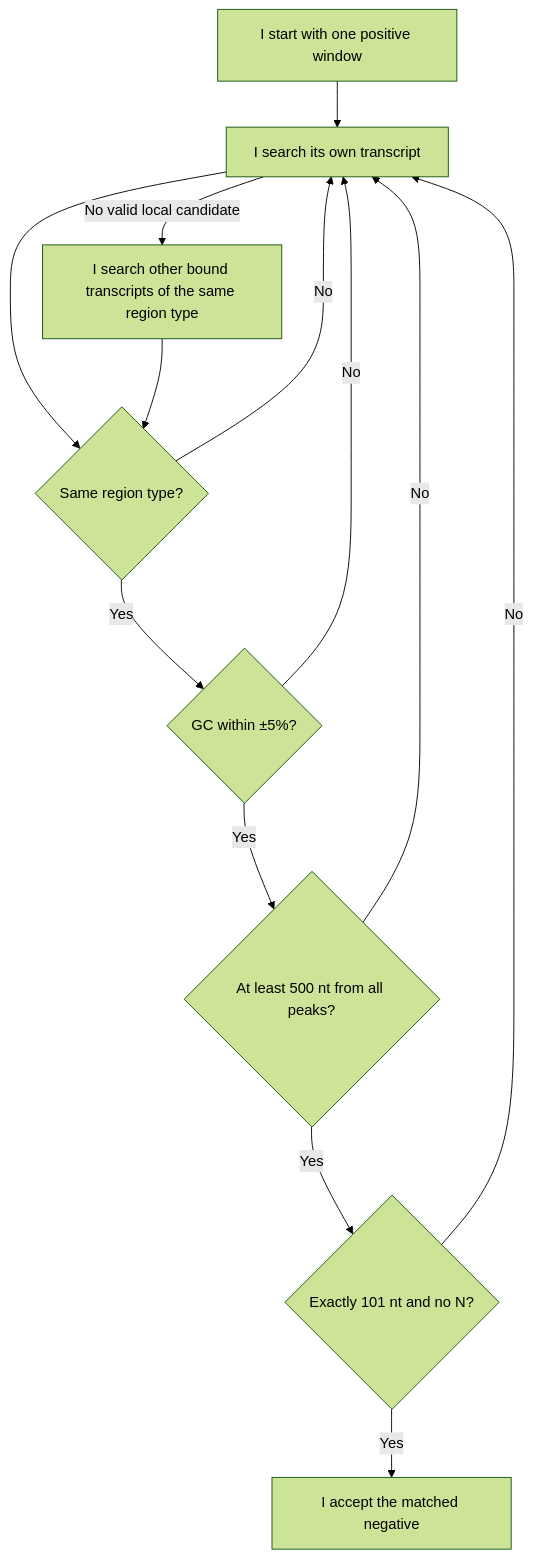
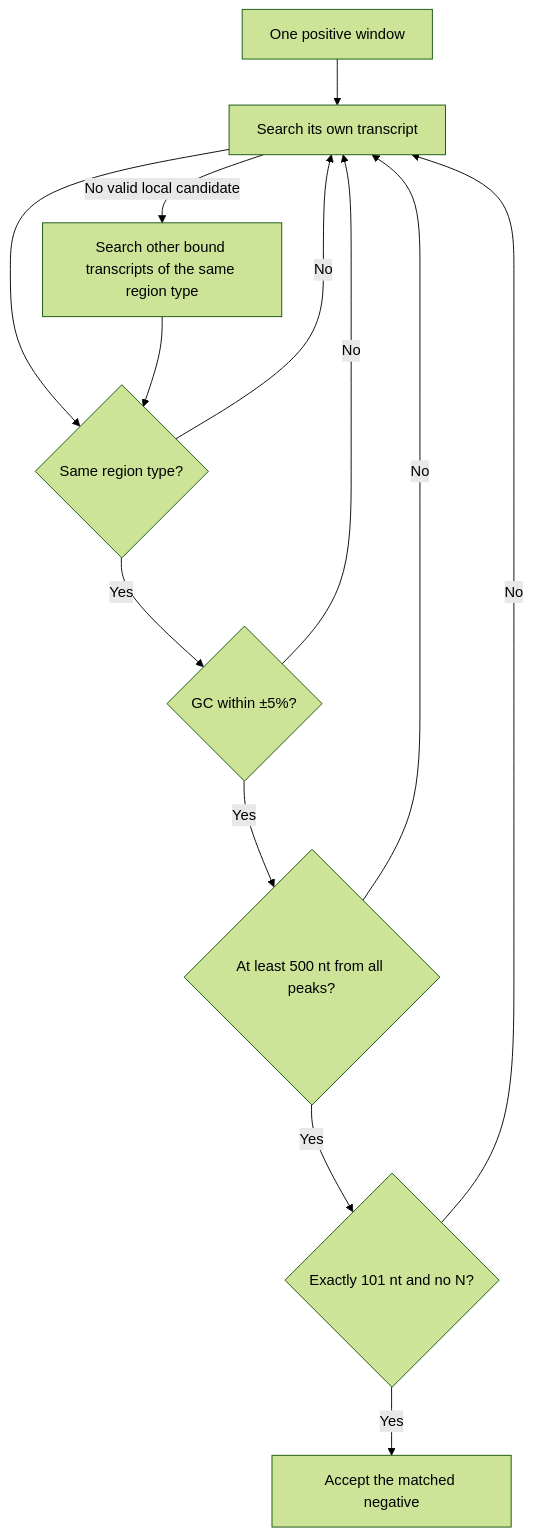
One commit to NirmalKumar31/rbp-binding changed the sixth of 25 diagrams in README.md. Above: the diagram before and after it, drawn with Mermaid (forest theme). The commit also changed other lines of this file, not shown here.

Commit message:
docs: neutralize first-person voice inside mermaid diagram labels

````diff
--- a/README.md
+++ b/README.md
@@ -255,15 +255,15 @@
 ```mermaid
 flowchart TD
-    A["I start with one positive window"] --> B["I search its own transcript"]
+    A["One positive window"] --> B["Search its own transcript"]
     B --> C{"Same region type?"}
     C -->|"No"| B
     C -->|"Yes"| D{"GC within ±5%?"}
     D -->|"No"| B
     D -->|"Yes"| E{"At least 500 nt from all peaks?"}
     E -->|"No"| B
     E -->|"Yes"| F{"Exactly 101 nt and no N?"}
     F -->|"No"| B
-    F -->|"Yes"| G["I accept the matched negative"]
-    B -->|"No valid local candidate"| H["I search other bound transcripts of the same region type"]
+    F -->|"Yes"| G["Accept the matched negative"]
+    B -->|"No valid local candidate"| H["Search other bound transcripts of the same region type"]
     H --> C
 ```
````
